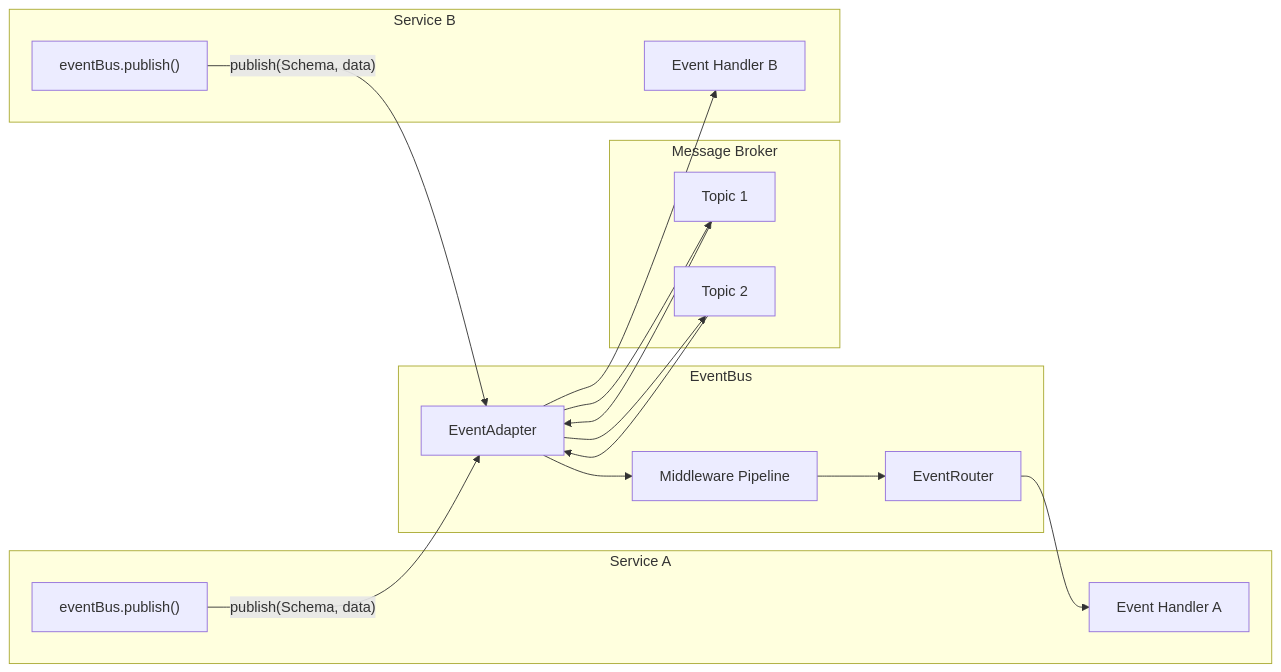
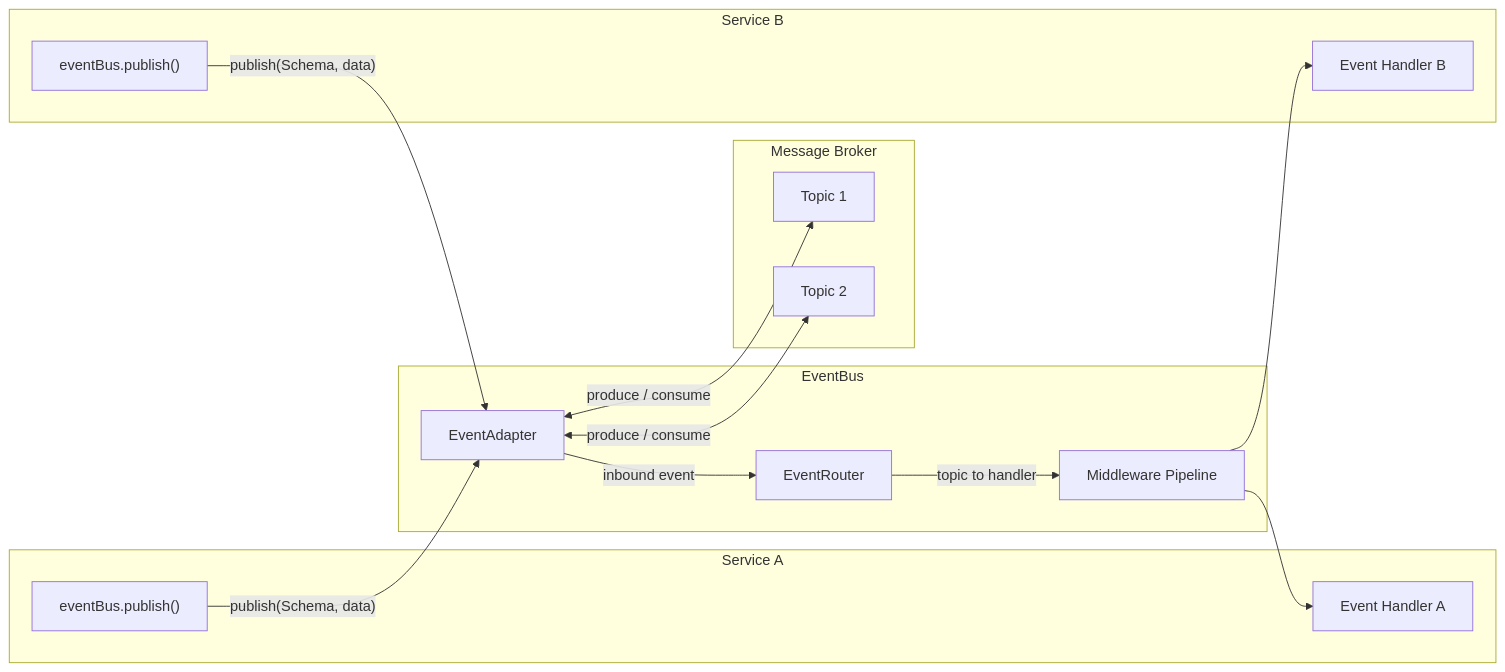
Before and after one commit to Connectum-Framework/docs: the diagram in en/guide/events.md, drawn with Mermaid. The commit also changed 10 other files, not shown here.

First line of the commit message:
feat: unify Mermaid diagram theme (#80)

````diff
--- a/en/guide/events.md
+++ b/en/guide/events.md
@@ -14,35 +14,34 @@
 ```mermaid
 graph LR
     subgraph Service A
         HA["Event Handler A"]
         PA["eventBus.publish()"]
     end
 
     subgraph EventBus
+        AD["EventAdapter"]
         R["EventRouter"]
         MW["Middleware Pipeline"]
-        AD["EventAdapter"]
     end
 
     subgraph Broker["Message Broker"]
         T1["Topic 1"]
         T2["Topic 2"]
     end
 
     subgraph Service B
         HB["Event Handler B"]
         PB["eventBus.publish()"]
     end
 
     PA -->|"publish(Schema, data)"| AD
-    AD --> T1
-    AD --> T2
-    T1 --> AD
-    T2 --> AD
-    AD --> MW
-    MW --> R
-    R --> HA
+    PB -->|"publish(Schema, data)"| AD
 
-    PB -->|"publish(Schema, data)"| AD
-    AD --> HB
+    AD <-->|"produce / consume"| T1
+    AD <-->|"produce / consume"| T2
+
+    AD -->|"inbound event"| R
+    R -->|"topic to handler"| MW
+    MW --> HA
+    MW --> HB
 ```
````
